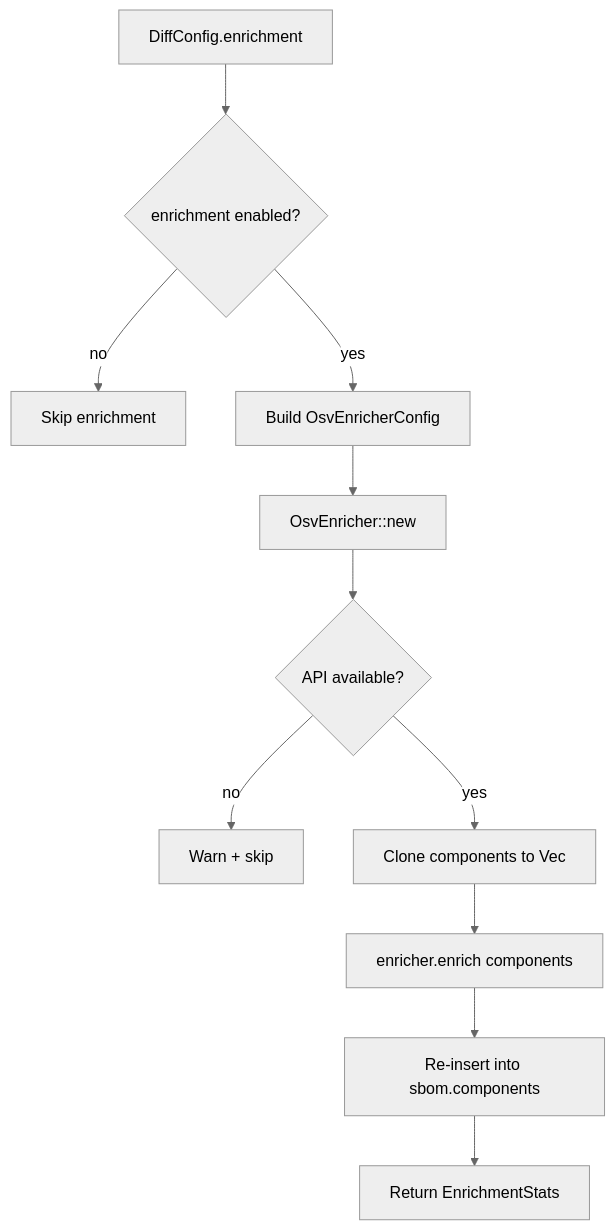
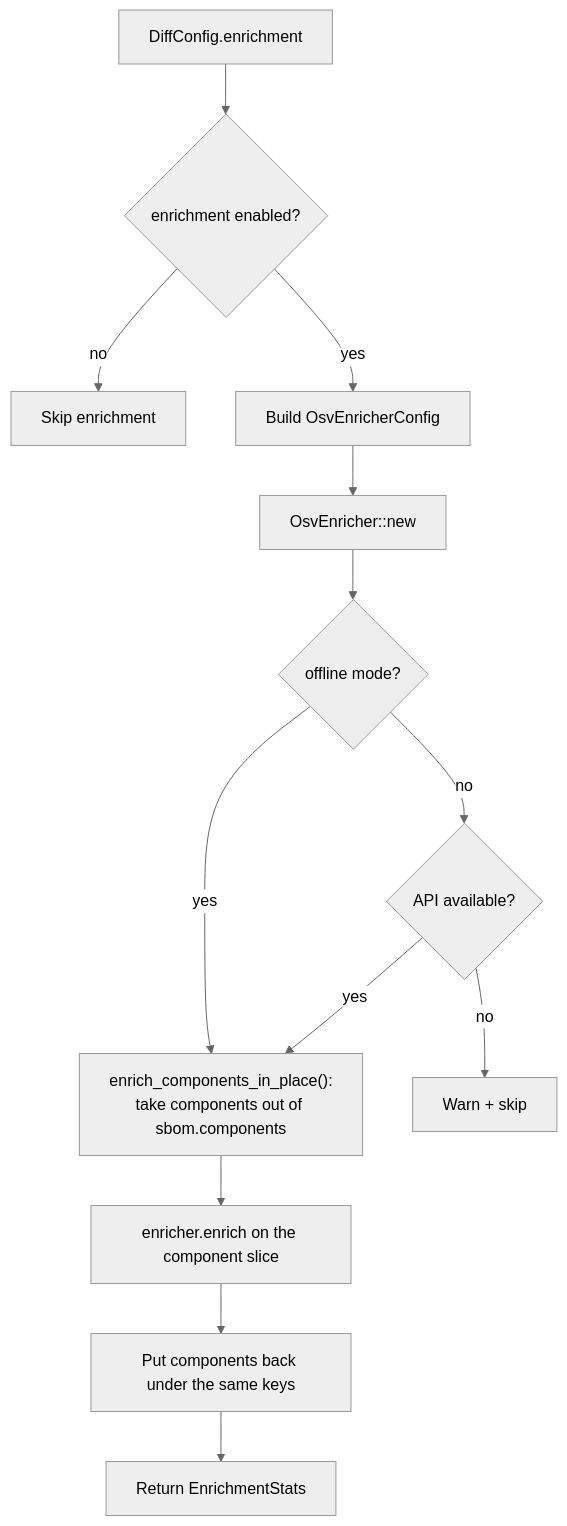
One commit to MChorfa/sbom-tools changed the seventh of 8 diagrams in docs/pipeline-diagrams.md. Above: the diagram before and after it, drawn with Mermaid (neutral theme). The commit also changed other lines of this file and 11 other files, not shown here.

````diff
--- a/docs/pipeline-diagrams.md
+++ b/docs/pipeline-diagrams.md
@@ -121,13 +219,15 @@
 ```mermaid
 flowchart TD
     A[DiffConfig.enrichment] --> B{enrichment enabled?}
     B -->|no| Z[Skip enrichment]
     B -->|yes| C[Build OsvEnricherConfig]
     C --> D[OsvEnricher::new]
-    D --> E{API available?}
-    E -->|no| F[Warn + skip]
-    E -->|yes| G[Clone components to Vec]
-    G --> H[enricher.enrich components]
-    H --> I[Re-insert into sbom.components]
+    D --> E{offline mode?}
+    E -->|yes| G
+    E -->|no| E1{API available?}
+    E1 -->|no| F[Warn + skip]
+    E1 -->|yes| G["enrich_components_in_place():<br/>take components out of sbom.components"]
+    G --> H[enricher.enrich on the component slice]
+    H --> I[Put components back under the same keys]
     I --> J[Return EnrichmentStats]
 ```
````
